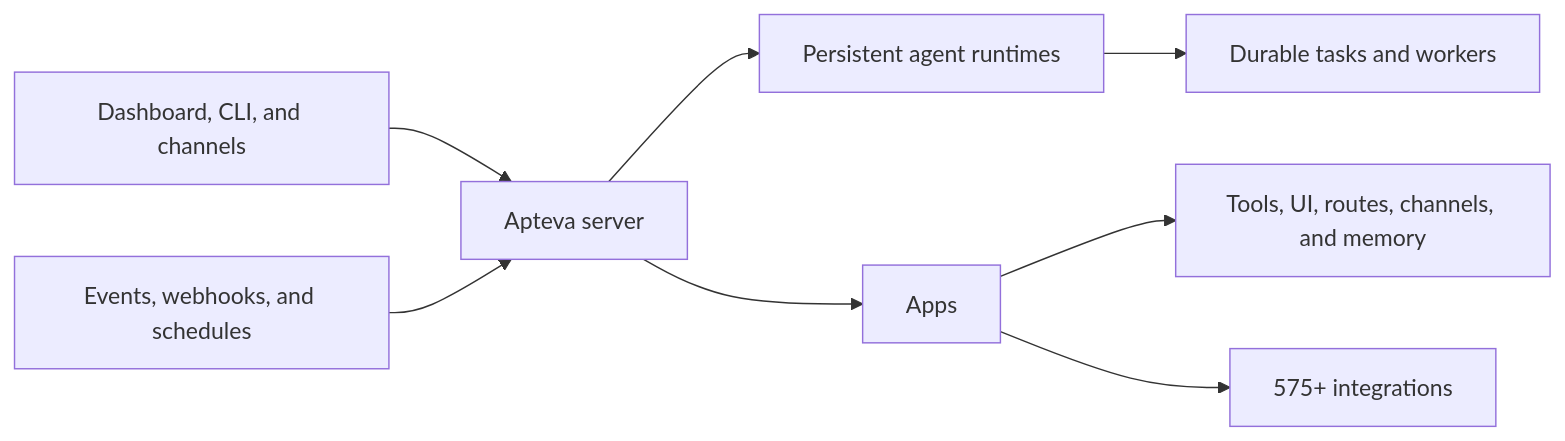
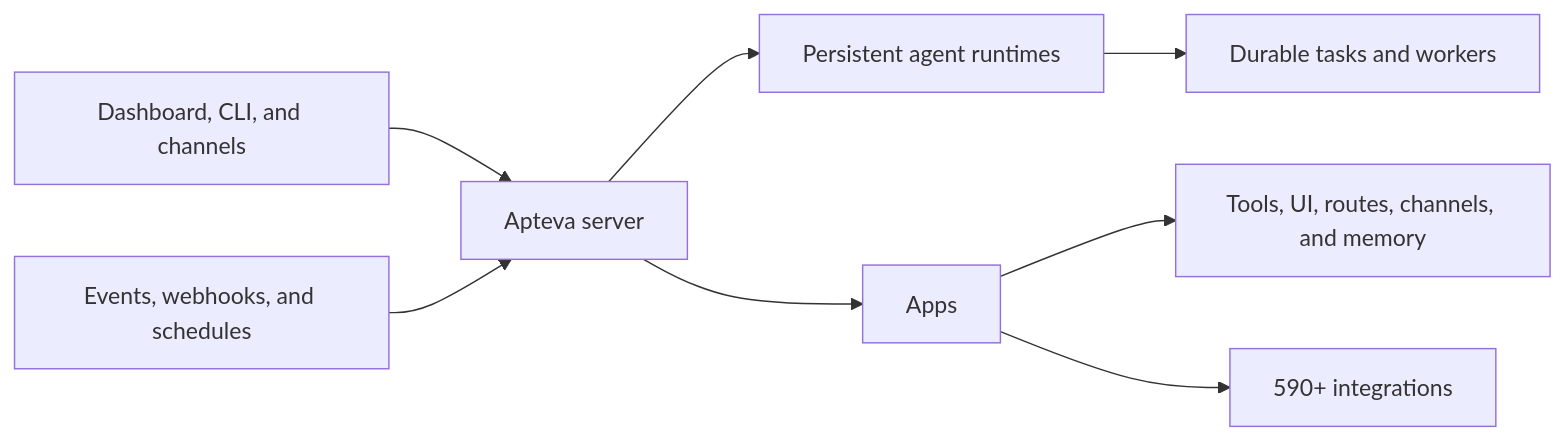
The diagram in README.md (apteva/apteva), drawn with Mermaid before and after one commit. The commit also changed other lines of this file and 3 other files, not shown here.

````diff
--- a/README.md
+++ b/README.md
@@ -91,10 +91,10 @@
 ```mermaid
 flowchart LR
     U["Dashboard, CLI, and channels"] --> S["Apteva server"]
     E["Events, webhooks, and schedules"] --> S
     S --> A["Persistent agent runtimes"]
     A --> W["Durable tasks and workers"]
     S --> P["Apps"]
     P --> C["Tools, UI, routes, channels, and memory"]
-    P --> I["575+ integrations"]
+    P --> I["590+ integrations"]
 ```
````
